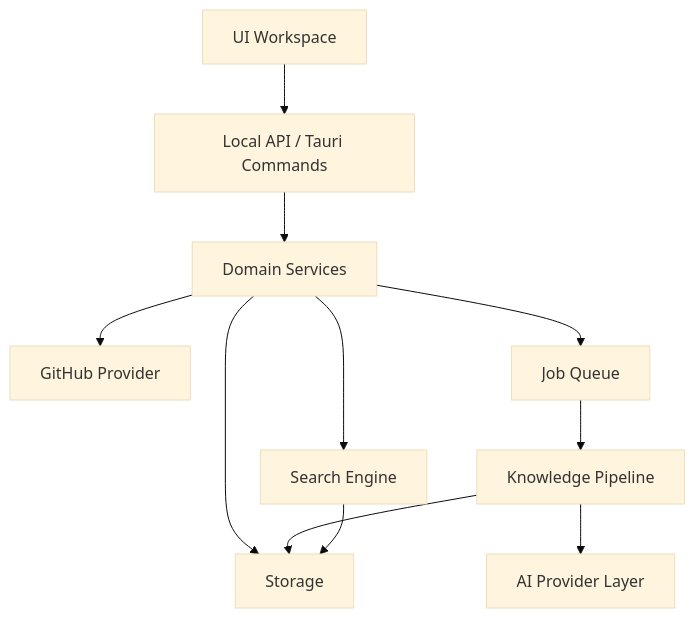
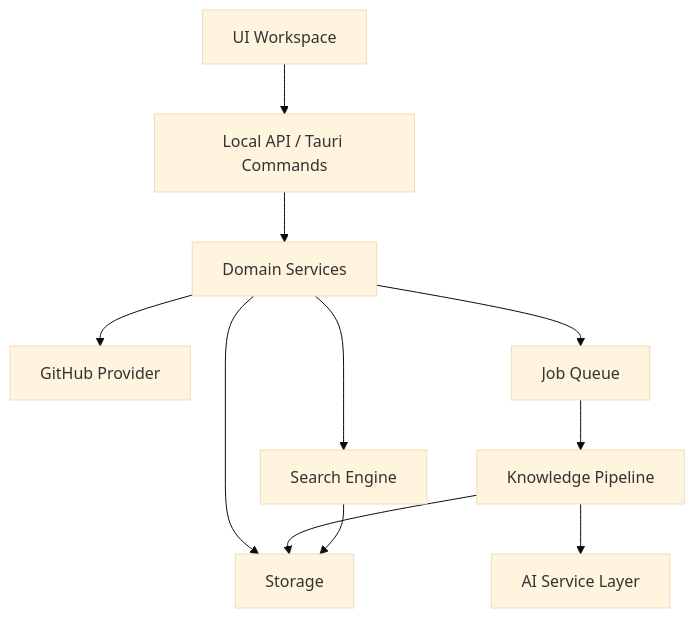
The first of 2 diagrams in docs/plan/architecture-spec.md (daxiaJonny/GitHub-Stars-AI-Tools), drawn with Mermaid (base theme) before and after one commit. The commit also changed other lines of this file and 2 other files, not shown here.

````diff
--- a/docs/plan/architecture-spec.md
+++ b/docs/plan/architecture-spec.md
@@ -43,13 +43,13 @@
 ```mermaid
 flowchart TD
   UI[UI Workspace] --> API[Local API / Tauri Commands]
   API --> Domain[Domain Services]
   Domain --> GitHub[GitHub Provider]
   Domain --> Storage[Storage]
   Domain --> Search[Search Engine]
   Domain --> Queue[Job Queue]
   Queue --> Pipeline[Knowledge Pipeline]
-  Pipeline --> AI[AI Provider Layer]
+  Pipeline --> AI[AI Service Layer]
   Pipeline --> Storage
   Search --> Storage
 ```
````
